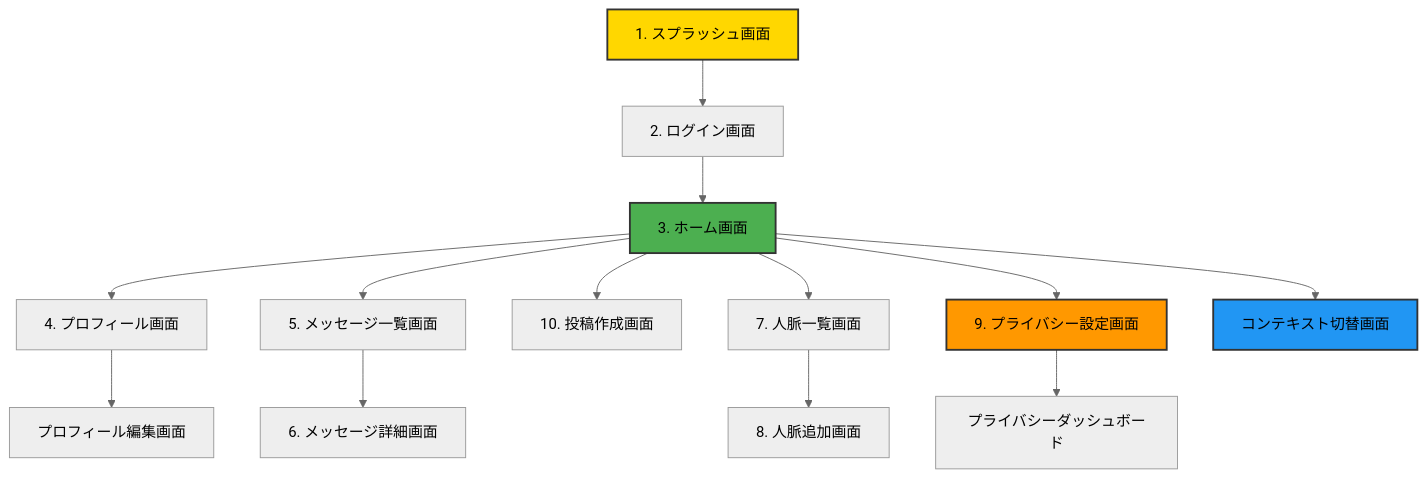
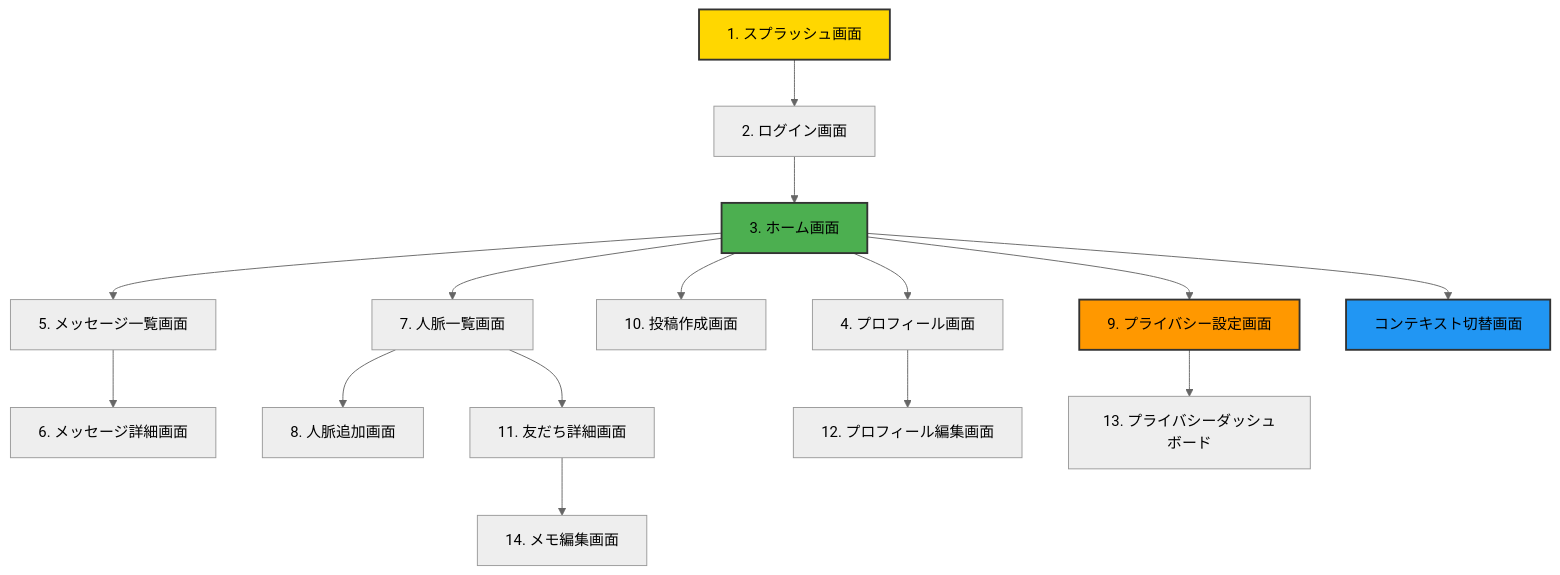
One commit to hamatz/tech_doc changed the fourth of 10 diagrams in uiux_book.md. Above: the diagram before and after it, drawn with Mermaid (neutral theme). The commit also changed other lines of this file and 7 other files, not shown here.

````diff
--- a/uiux_book.md
+++ b/uiux_book.md
@@ -513,20 +659,22 @@
 ```mermaid
 graph TD
     A[1. スプラッシュ画面] --> B[2. ログイン画面]
     B --> C[3. ホーム画面]
     C --> D[4. プロフィール画面]
     C --> E[5. メッセージ一覧画面]
     C --> F[10. 投稿作成画面]
     C --> G[7. 人脈一覧画面]
     C --> H[9. プライバシー設定画面]
     C --> I[コンテキスト切替画面]
     E --> J[6. メッセージ詳細画面]
     G --> K[8. 人脈追加画面]
-    D --> L[プロフィール編集画面]
-    H --> M[プライバシーダッシュボード]
+    G --> N[11. 友だち詳細画面]
+    N --> O[14. メモ編集画面]
+    D --> L[12. プロフィール編集画面]
+    H --> M[13. プライバシーダッシュボード]
 
     style A fill:#FFD700,stroke:#333,stroke-width:2px
     style C fill:#4CAF50,stroke:#333,stroke-width:2px
     style H fill:#FF9800,stroke:#333,stroke-width:2px
     style I fill:#2196F3,stroke:#333,stroke-width:2px
 ```
````
